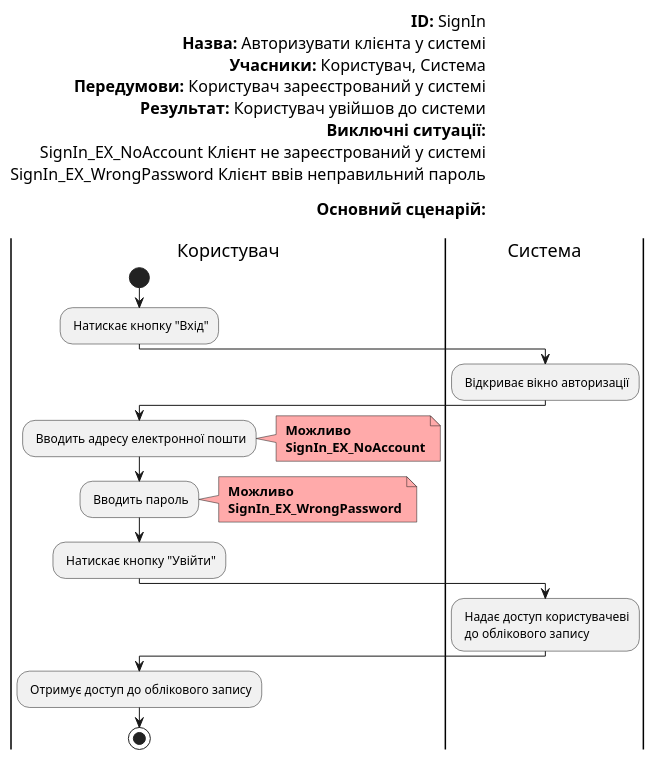
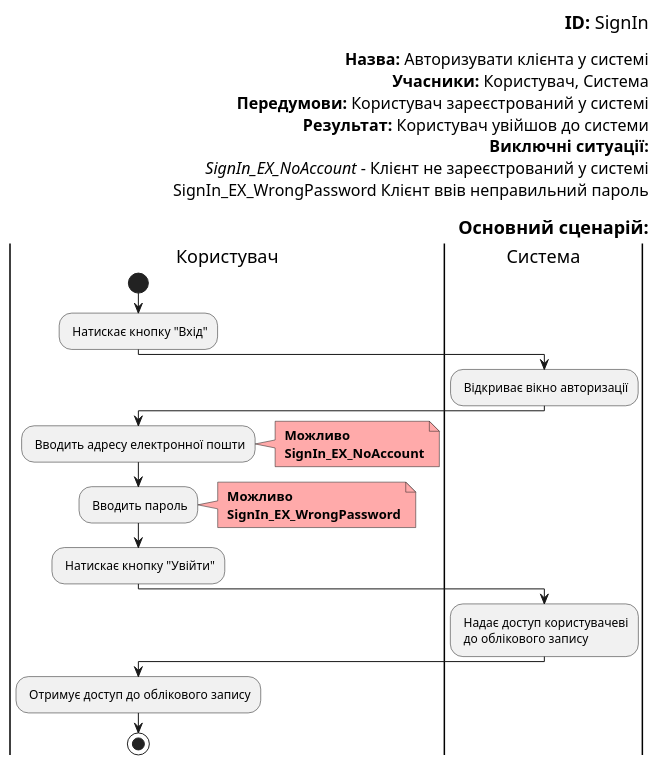
Before and after one commit to boldak/edu-db-cw: the seventh of 19 diagrams in docs/use cases/README.md, drawn with PlantUML. The commit also changed other lines of this file, not shown here.

```diff
--- a/docs/use cases/README.md
+++ b/docs/use cases/README.md
@@ -340,48 +340,48 @@
 @startuml
 
-    left header        
-        <font color=000 size=16><b>ID:</b> SignIn
+    right header        
+        <font color=000 size=18><b>ID:</b> SignIn
+
         <font color=000 size=16><b>Назва:</b> Авторизувати клієнта у системі
         <font color=000 size=16><b>Учасники:</b> Користувач, Система
         <font color=000 size=16><b>Передумови:</b> Користувач зареєстрований у системі
         <font color=000 size=16><b>Результат:</b> Користувач увійшов до системи
         <font color=000 size=16><b>Виключні ситуації:</b>
-        <font color=000 size=16> SignIn_EX_NoAccount Клієнт не зареєстрований у системі
+        <font color=000 size=16> <i>SignIn_EX_NoAccount</i> - Клієнт не зареєстрований у системі
         <font color=000 size=16> SignIn_EX_WrongPassword Клієнт ввів неправильний пароль
         
-        <font color=000 size=16><b>Основний сценарій:</b>
-        
+        <font color=000 size=18><b>Основний сценарій:</b>
     end header
     
     |Користувач|
     start
     : Натискає кнопку "Вхід";
     
     |Система|
     : Відкриває вікно авторизації;
     
     |Користувач|
     : Вводить адресу електронної пошти;
     note right #ffaaaa
     <b> Можливо
     <b> SignIn_EX_NoAccount
     end note
         
     |Користувач|
     : Вводить пароль;
     note right #ffaaaa
     <b> Можливо
     <b> SignIn_EX_WrongPassword
     end note
     
     |Користувач|
     : Натискає кнопку "Увійти";
     
     |Система|
     : Надає доступ користувачеві\n до облікового запису;
     
     |Користувач|
     : Отримує доступ до облікового запису;
     stop;
     
 @enduml
```
